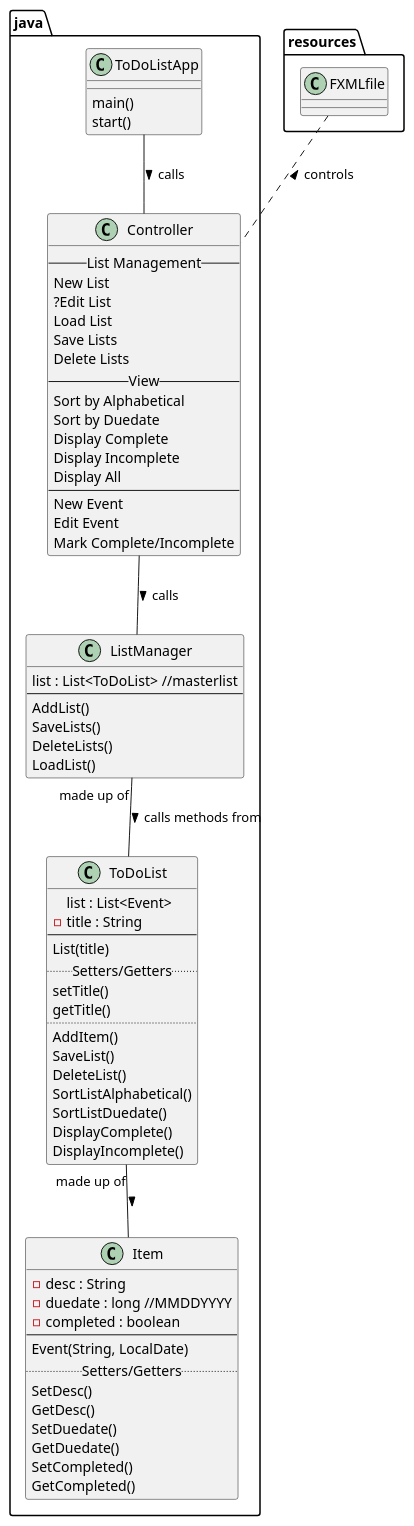
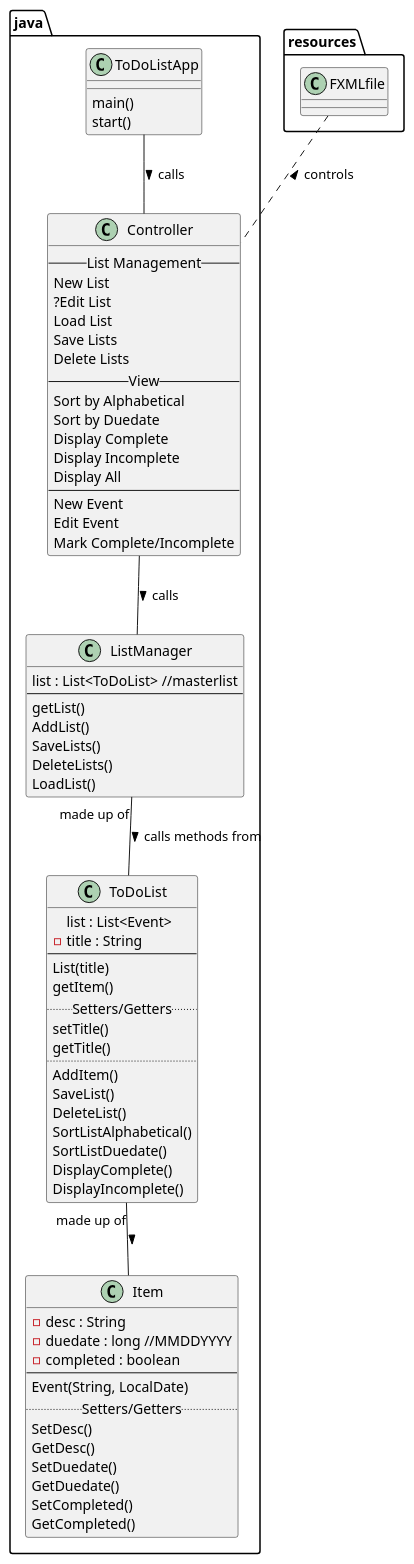
Before and after one commit to kiwibrie/juntunen-cop3330-assignment4part2: the diagram in uml/ListManager.puml, drawn with PlantUML. The commit also changed 2 other files, not shown here.

Commit message:
added getList for clean reading + minor updates to puml

```diff
--- a/uml/ListManager.puml
+++ b/uml/ListManager.puml
@@ -1,78 +1,80 @@
 @startuml
 'https://plantuml.com/class-diagram
 
 class java.ListManager{
 list : List<ToDoList> //masterlist
 --
+getList()
 AddList()
 SaveLists()
 DeleteLists()
 LoadList()
 }
 
 class java.ToDoList {
 list : List<Event>
 -title : String
 --
 List(title)
+getItem()
 ..Setters/Getters..
 setTitle()
 getTitle()
 ..
 AddItem()
 SaveList()
 DeleteList()
 SortListAlphabetical()
 SortListDuedate()
 DisplayComplete()
 DisplayIncomplete()
 }
 
 class java.Item {
 -desc : String
 -duedate : long //MMDDYYYY
 -completed : boolean
 --
 Event(String, LocalDate)
 ..Setters/Getters..
 SetDesc()
 GetDesc()
 SetDuedate()
 GetDuedate()
 SetCompleted()
 GetCompleted()
 }
 
 java.ToDoList "made up of" -- java.Item : >
 java.ListManager "made up of" -- java.ToDoList : > calls methods from
 
 java.ToDoListApp -- java.Controller : > calls
 resources.FXMLfile .. java.Controller : < controls
 java.Controller -- java.ListManager : > calls
 
 
 class java.Controller{
 --List Management--
 New List
 ?Edit List
 Load List
 Save Lists
 Delete Lists
 --View--
 Sort by Alphabetical
 Sort by Duedate
 Display Complete
 Display Incomplete
 Display All
 --
 New Event
 Edit Event
 Mark Complete/Incomplete
 }
 
 class java.ToDoListApp{
 main()
 start()
 }
 
 @enduml
```
